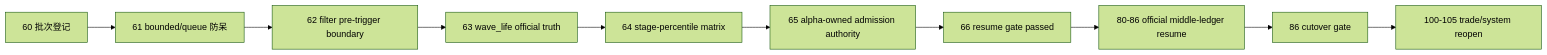
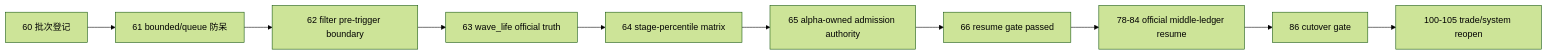
The diagram in docs/03-execution/66-mainline-rectification-resume-gate-conclusion-20260415.md (everything-is-simple/lifespan-0.01), drawn with Mermaid (forest theme) before and after one commit. The commit also changed other lines of this file and 86 other files, not shown here.

````diff
--- a/docs/03-execution/66-mainline-rectification-resume-gate-conclusion-20260415.md
+++ b/docs/03-execution/66-mainline-rectification-resume-gate-conclusion-20260415.md
@@ -77,12 +77,12 @@
 ```mermaid
 flowchart LR
     C60["60 批次登记"] --> C61["61 bounded/queue 防呆"]
     C61 --> C62["62 filter pre-trigger boundary"]
     C62 --> C63["63 wave_life official truth"]
     C63 --> C64["64 stage-percentile matrix"]
     C64 --> C65["65 alpha-owned admission authority"]
     C65 --> G66["66 resume gate passed"]
-    G66 --> C80["80-86 official middle-ledger resume"]
+    G66 --> C80["78-84 official middle-ledger resume"]
     C80 --> C86["86 cutover gate"]
     C86 --> C100["100-105 trade/system reopen"]
 ```
````
